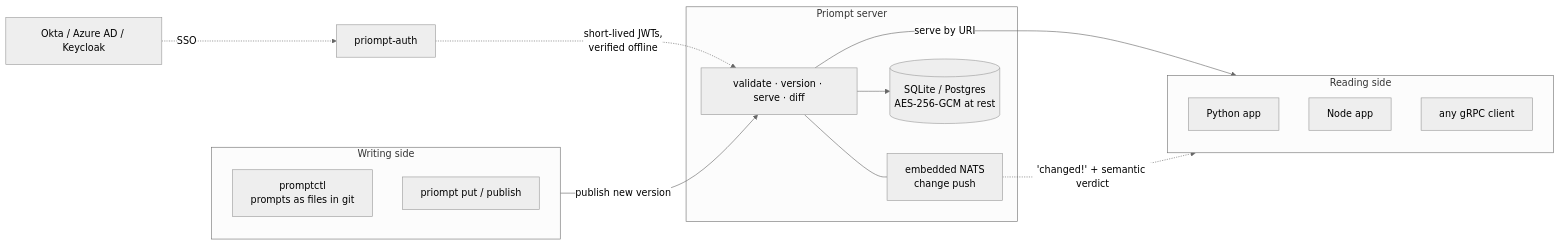
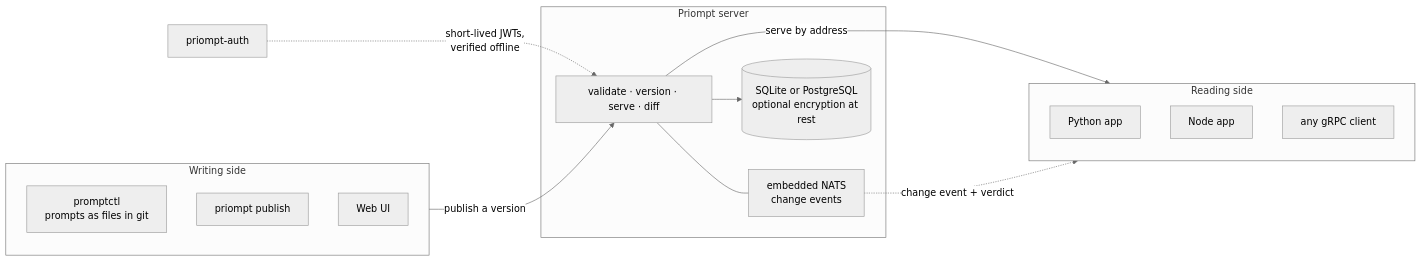
The diagram in docs/docs/intro.mdx (priompt/priompt-dot-com), drawn with Mermaid (neutral theme) before and after one commit. The commit also changed other lines of this file and 76 other files, not shown here.

````diff
--- a/docs/docs/intro.mdx
+++ b/docs/docs/intro.mdx
@@ -28,24 +62,24 @@
 ```mermaid
 flowchart LR
     subgraph Writers["Writing side"]
         CTL["promptctl<br/>prompts as files in git"]
-        OPS["priompt put / publish"]
+        OPS["priompt publish"]
+        UI["Web UI"]
     end
     subgraph Core["Priompt server"]
         SRV["validate · version · serve · diff"]
-        NATS["embedded NATS<br/>change push"]
-        DB[("SQLite / Postgres<br/>AES-256-GCM at rest")]
+        NATS["embedded NATS<br/>change events"]
+        DB[("SQLite or PostgreSQL<br/>optional encryption at rest")]
         SRV --- NATS
         SRV --> DB
     end
     subgraph Readers["Reading side"]
         PY["Python app"]
         JS["Node app"]
         ANY["any gRPC client"]
     end
     AUTH["priompt-auth"] -.->|"short-lived JWTs,<br/>verified offline"| SRV
-    IDP["Okta / Azure AD / Keycloak"] -.->|SSO| AUTH
-    Writers -->|"publish new version"| SRV
-    SRV -->|"serve by URI"| Readers
-    NATS -.->|"'changed!' + semantic verdict"| Readers
+    Writers -->|"publish a version"| SRV
+    SRV -->|"serve by address"| Readers
+    NATS -.->|"change event + verdict"| Readers
 ```
````
